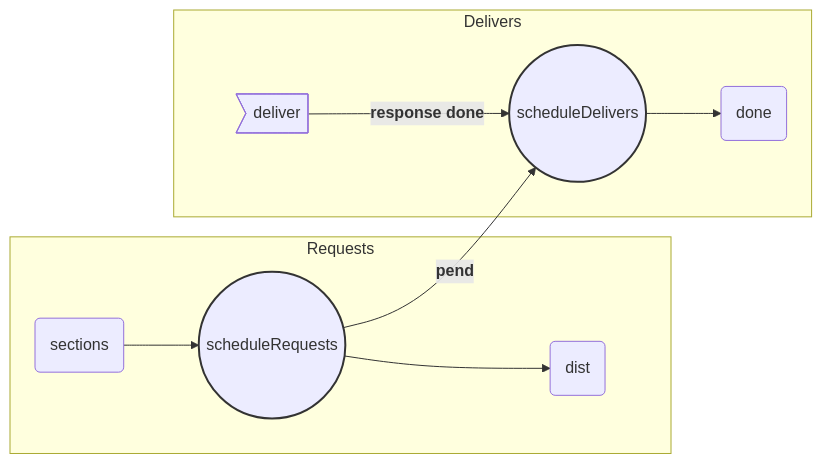
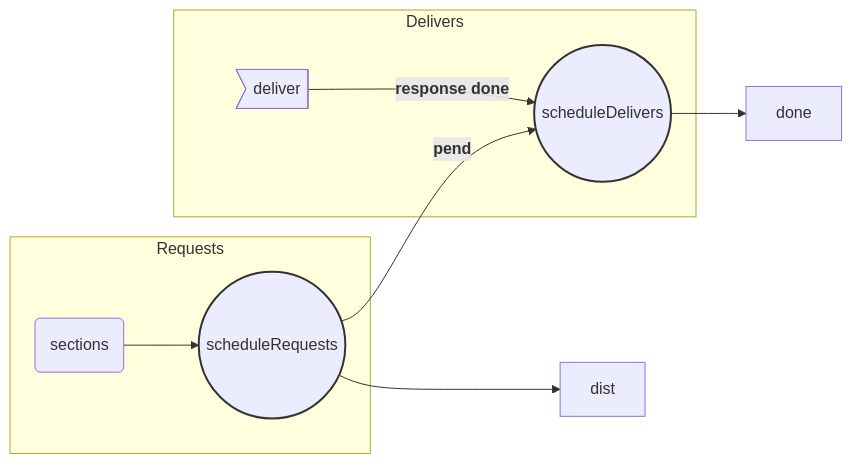
One commit to agiletechvn/go-ethereum-code-analysis changed the diagram in core-bloombits-analysis.md. Above: the diagram before and after it, drawn with Mermaid.

Commit message:
update subgraph for core-bloombits

````diff
--- a/core-bloombits-analysis.md
+++ b/core-bloombits-analysis.md
@@ -97,23 +97,21 @@
 ```mermaid
 graph LR
 
 subgraph Requests
 	id1(sections)
 	id2((scheduleRequests))
-	dist(dist)
 end
 id1 --> id2
 id2 --> dist
 
 subgraph Delivers
 	id3((scheduleDelivers))
 	id4>deliver]
-	done(done)
 end
 id2 --<b>pend</b>--> id3
 id4 --<b>response done</b>--> id3
 id3 --> done
 
 style id2 stroke: #333, stroke-width:2px;
 style id3 stroke: #333, stroke-width:2px;
 ```
````
